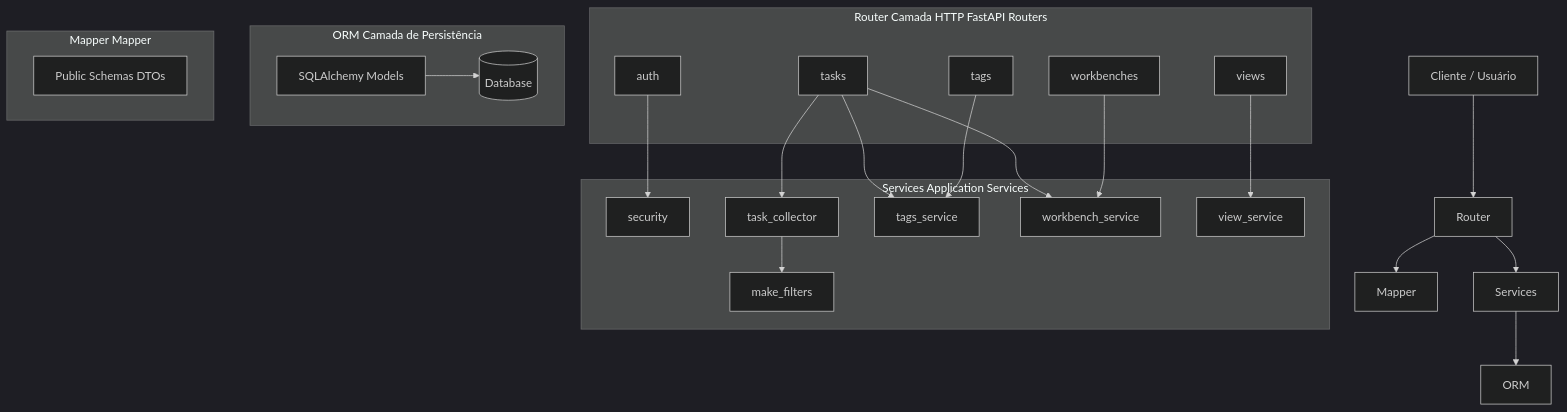
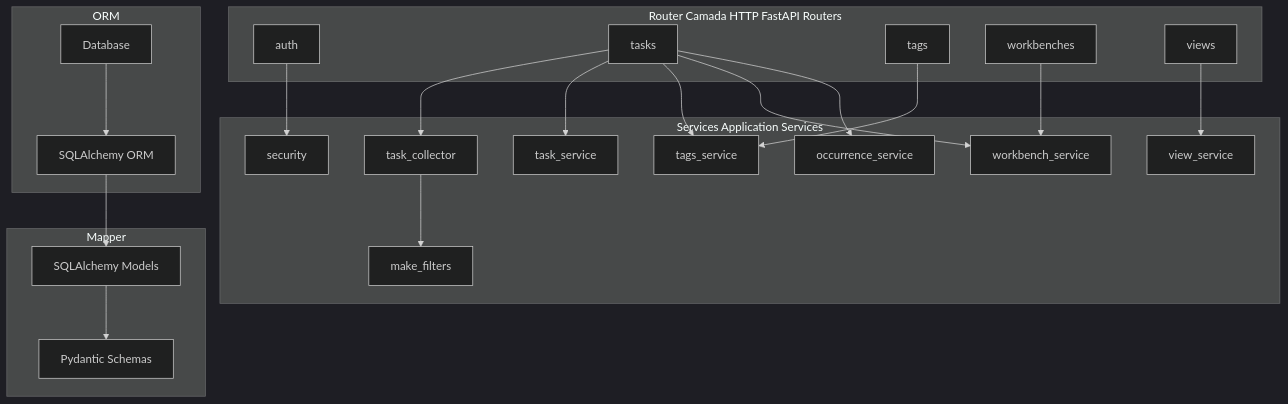
One commit to bruno-gabriel-muniz/joker-task changed the second of 3 diagrams in README.md. Above: the diagram before and after it, drawn with Mermaid. The commit also changed other lines of this file and 2 other files, not shown here.

Commit message:
chore: document task occurrences and add focused test workflow

````diff
--- a/README.md
+++ b/README.md
@@ -246,51 +270,51 @@
 ```mermaid
 ---
 config:
   theme: dark
 ---
 flowchart TD
-    User[Cliente / Usuário] --> Router
 
     subgraph Router Camada HTTP FastAPI Routers
         AuthRouter[auth]
         TaskRouter[tasks]
         TagRouter[tags]
         WorkbenchRouter[workbenches]
         ViewRouter[views]
     end
-    Router --> Services
 
     subgraph Services Application Services
         Security[security]
         TaskCollector[task_collector]
+        TaskService[task_service]
         TagService[tags_service]
         WorkbenchService[workbench_service]
         ViewService[view_service]
         FilterFactory[make_filters]
+        OccurrenceService[occurrence_service]
     end
     AuthRouter --> Security
 
     TaskRouter --> TaskCollector
+    TaskRouter --> TaskService
     TaskRouter --> TagService
     TaskRouter --> WorkbenchService
+    TaskRouter --> OccurrenceService
 
     TagRouter --> TagService
     WorkbenchRouter --> WorkbenchService
     ViewRouter --> ViewService
 
     TaskCollector --> FilterFactory
-    Services --> ORM
 
-    subgraph ORM Camada de Persistência
+    subgraph Mapper
         Models[SQLAlchemy Models]
-        DB[(Database)]
+        Schemas[Pydantic Schemas]
+    end
+    
+    subgraph ORM
+        Database[Database]
+        SQLAlchemy[SQLAlchemy ORM]
     end
 
-    Models --> DB
-
-    subgraph Mapper Mapper
-        PublicSchemas[Public Schemas DTOs]
-    end
-
-    Router --> Mapper
+    Database --> SQLAlchemy --> Models --> Schemas
 ```
````
